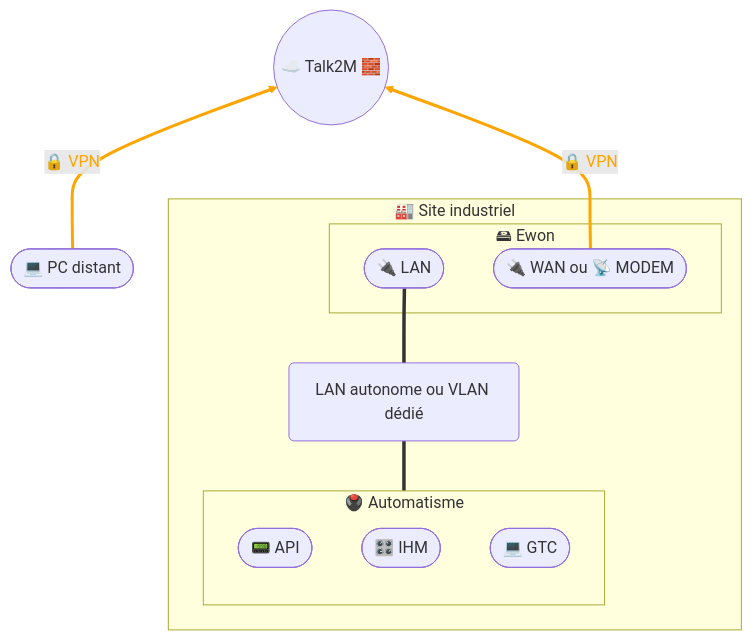
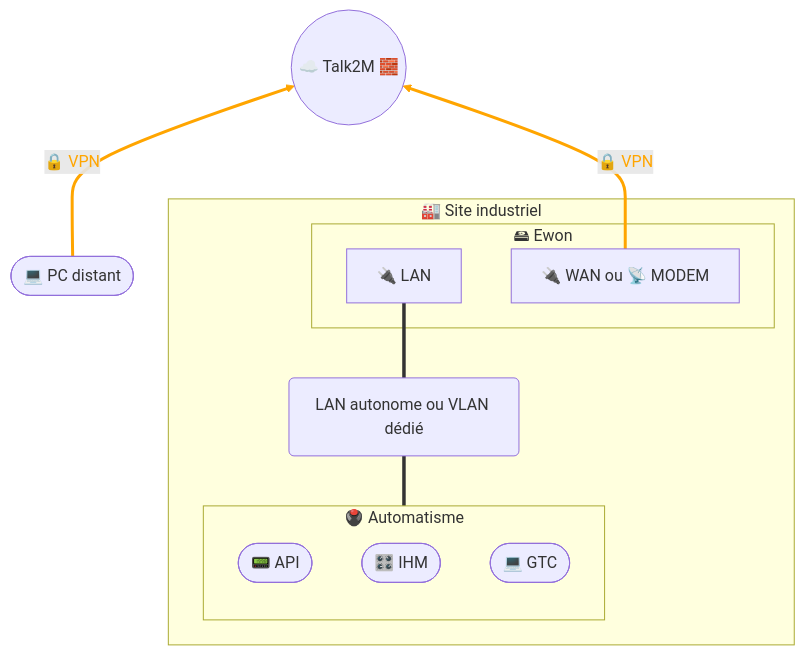
One commit to JohannPx/network-architectures changed the diagram in docs/remote-access/Accès distant - HMS Ewon Talk2M.md. Above: the diagram before and after it, drawn with Mermaid. The commit also changed 8 other files, not shown here.

````diff
--- a/docs/remote-access/Accès distant - HMS Ewon Talk2M.md
+++ b/docs/remote-access/Accès distant - HMS Ewon Talk2M.md
@@ -5,30 +5,30 @@
 ```mermaid
 flowchart BT
 
     remote([💻 PC distant])
 
     subgraph site [🏭 Site industriel]
         subgraph automation [🖲️ Automatisme]
             plc([📟 API])
             hmi([🎛️ IHM])
             gtc([💻 GTC])
         end
 
         vlan(LAN autonome ou VLAN dédié)
         
         subgraph ewon [🖴 Ewon]
-            ewonLan([🔌 LAN])
-            ewonWan([🔌 WAN ou 📡 MODEM])
+            ewonLan[🔌 LAN]
+            ewonWan[🔌 WAN ou 📡 MODEM]
         end
     end
 
     talk2m((☁️ Talk2M 🧱))
 
     remote == 🔒 VPN ==> talk2m
     ewonWan == 🔒 VPN ==> talk2m
     automation === vlan
     vlan === ewonLan
     
     linkStyle 0 stroke:orange,stroke-width:3px,color:orange;
     linkStyle 1 stroke:orange,stroke-width:3px,color:orange;
 ```
````
